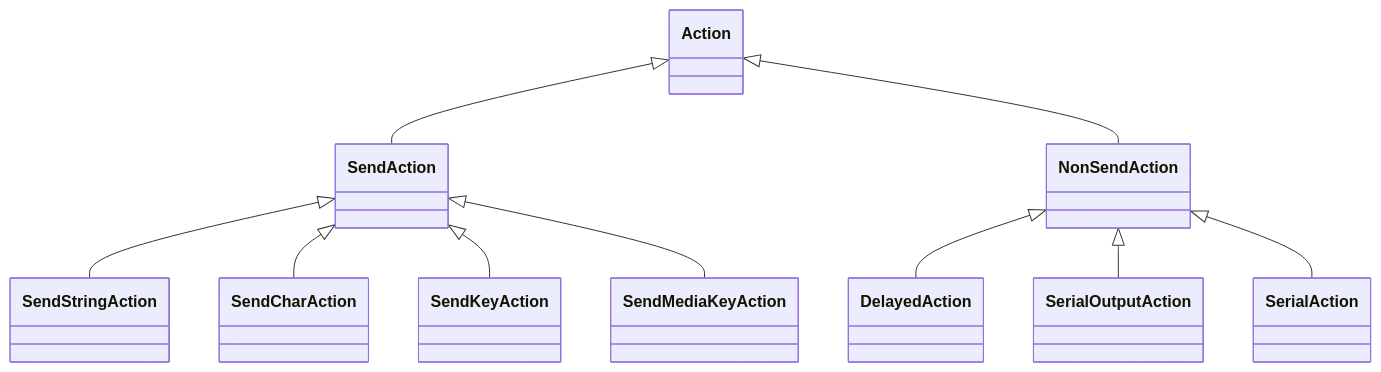
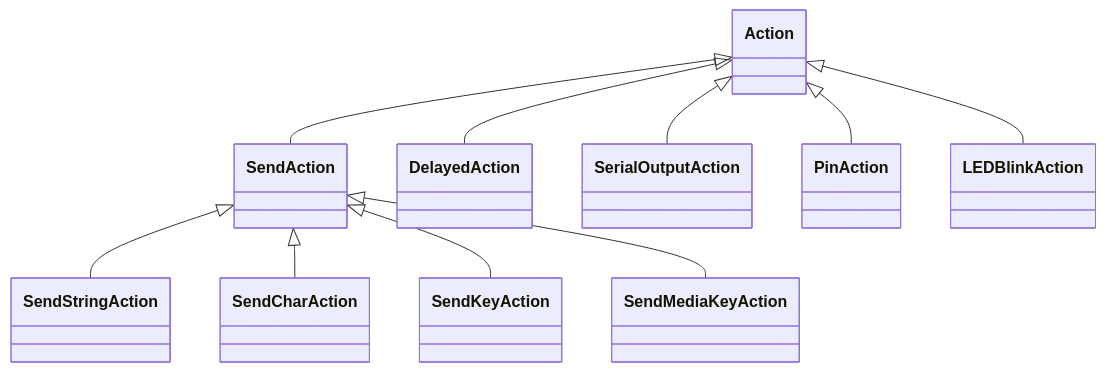
The second of 2 diagrams in docs/developers/ARCHITECTURE.md (tgd1975/AwesomeStudioPedal), drawn with Mermaid before and after one commit. The commit also changed other lines of this file and 234 other files, not shown here.

````diff
--- a/docs/developers/ARCHITECTURE.md
+++ b/docs/developers/ARCHITECTURE.md
@@ -28,12 +42,12 @@
 ```mermaid
 classDiagram
     Action <|-- SendAction
-    Action <|-- NonSendAction
+    Action <|-- DelayedAction
+    Action <|-- SerialOutputAction
+    Action <|-- PinAction
+    Action <|-- LEDBlinkAction
     SendAction <|-- SendStringAction
     SendAction <|-- SendCharAction
     SendAction <|-- SendKeyAction
     SendAction <|-- SendMediaKeyAction
-    NonSendAction <|-- DelayedAction
-    NonSendAction <|-- SerialOutputAction
-    NonSendAction <|-- SerialAction
 ```
````
